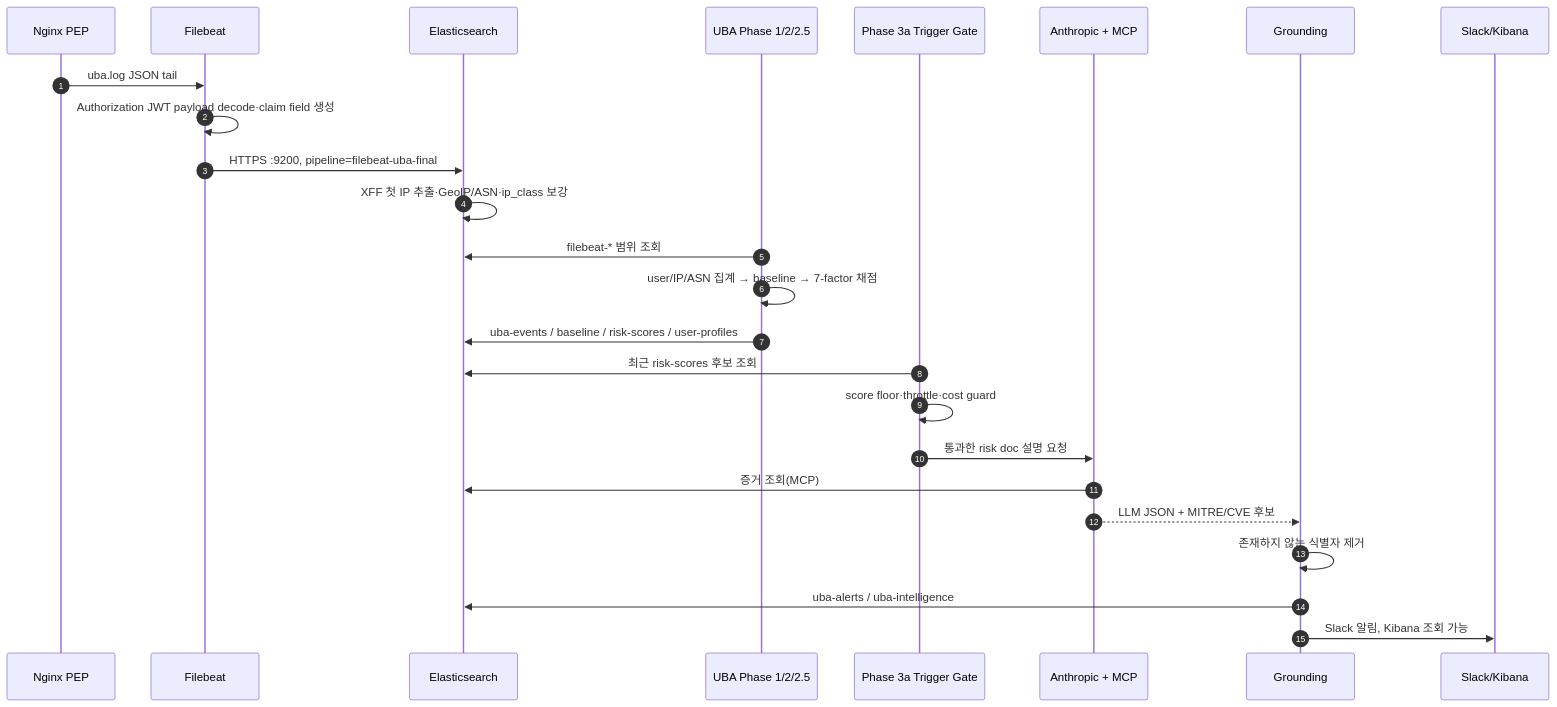
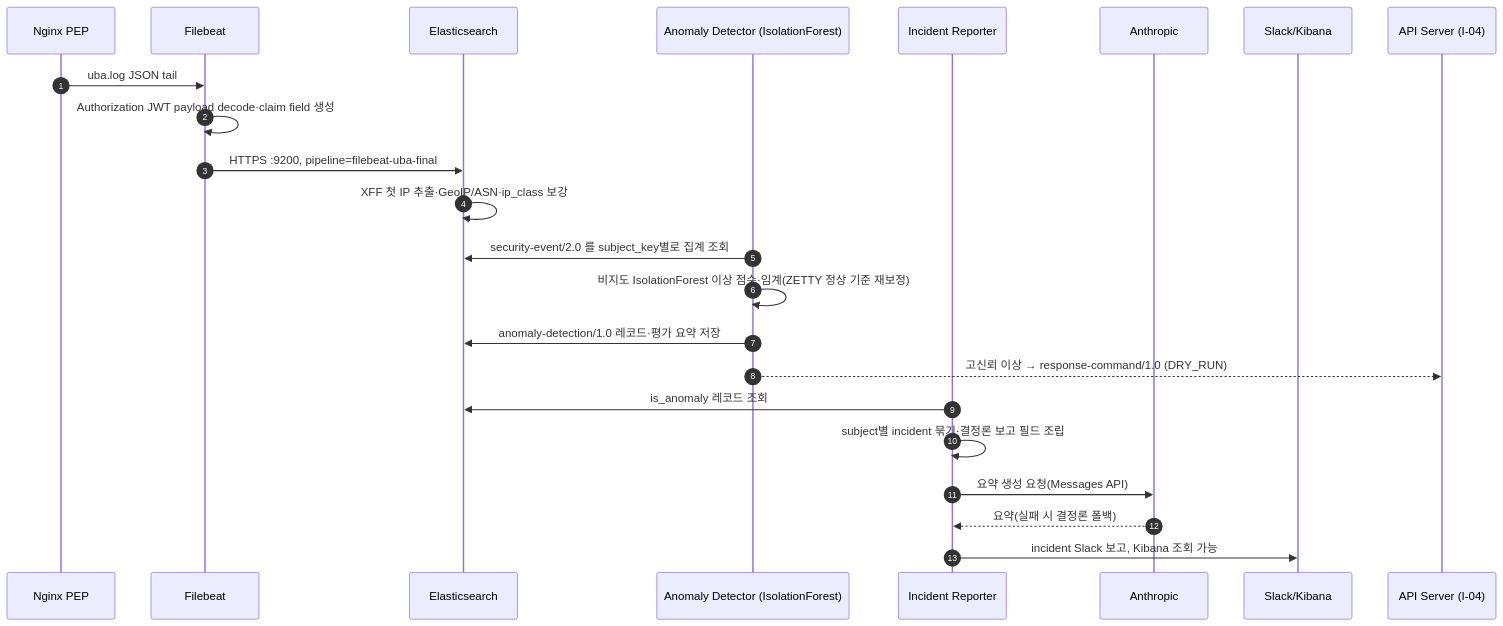
The fourth of 7 diagrams in docs/C4-as-is.md (ZETTY-ZEROTRUST/backend), drawn with Mermaid before and after one commit. The commit also changed other lines of this file and 4 other files, not shown here.

Commit message:
docs: v2 최종 기준으로 문서 정비(uba-analyzer→log-pipeline, 7-factor→IsolationForest 등)

````diff
--- a/docs/C4-as-is.md
+++ b/docs/C4-as-is.md
@@ -182,28 +178,26 @@
 ```mermaid
 sequenceDiagram
     autonumber
     participant PEP as Nginx PEP
     participant FB as Filebeat
     participant ES as Elasticsearch
-    participant DET as UBA Phase 1/2/2.5
-    participant GATE as Phase 3a Trigger Gate
-    participant LLM as Anthropic + MCP
-    participant GR as Grounding
+    participant DET as Anomaly Detector (IsolationForest)
+    participant REP as Incident Reporter
+    participant LLM as Anthropic
     participant SOC as Slack/Kibana
+    participant API as API Server (I-04)
 
     PEP->>FB: uba.log JSON tail
     FB->>FB: Authorization JWT payload decode·claim field 생성
     FB->>ES: HTTPS :9200, pipeline=filebeat-uba-final
     ES->>ES: XFF 첫 IP 추출·GeoIP/ASN·ip_class 보강
-    DET->>ES: filebeat-* 범위 조회
-    DET->>DET: user/IP/ASN 집계 → baseline → 7-factor 채점
-    DET->>ES: uba-events / baseline / risk-scores / user-profiles
-    GATE->>ES: 최근 risk-scores 후보 조회
-    GATE->>GATE: score floor·throttle·cost guard
-    GATE->>LLM: 통과한 risk doc 설명 요청
-    LLM->>ES: 증거 조회(MCP)
-    LLM-->>GR: LLM JSON + MITRE/CVE 후보
-    GR->>GR: 존재하지 않는 식별자 제거
-    GR->>ES: uba-alerts / uba-intelligence
-    GR->>SOC: Slack 알림, Kibana 조회 가능
+    DET->>ES: security-event/2.0 를 subject_key별로 집계 조회
+    DET->>DET: 비지도 IsolationForest 이상 점수·임계(ZETTY 정상 기준 재보정)
+    DET->>ES: anomaly-detection/1.0 레코드·평가 요약 저장
+    DET-->>API: 고신뢰 이상 → response-command/1.0 (DRY_RUN)
+    REP->>ES: is_anomaly 레코드 조회
+    REP->>REP: subject별 incident 묶기·결정론 보고 필드 조립
+    REP->>LLM: 요약 생성 요청(Messages API)
+    LLM-->>REP: 요약(실패 시 결정론 폴백)
+    REP->>SOC: incident Slack 보고, Kibana 조회 가능
 ```
````
